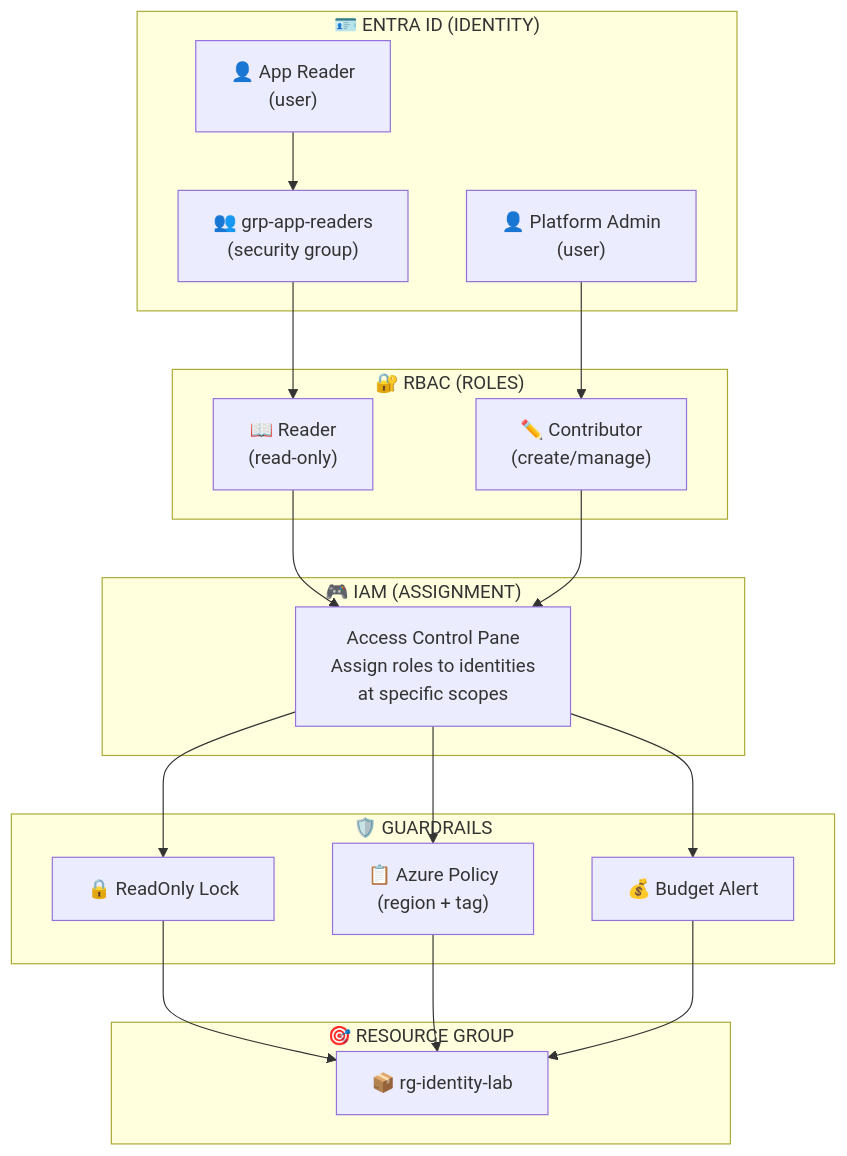
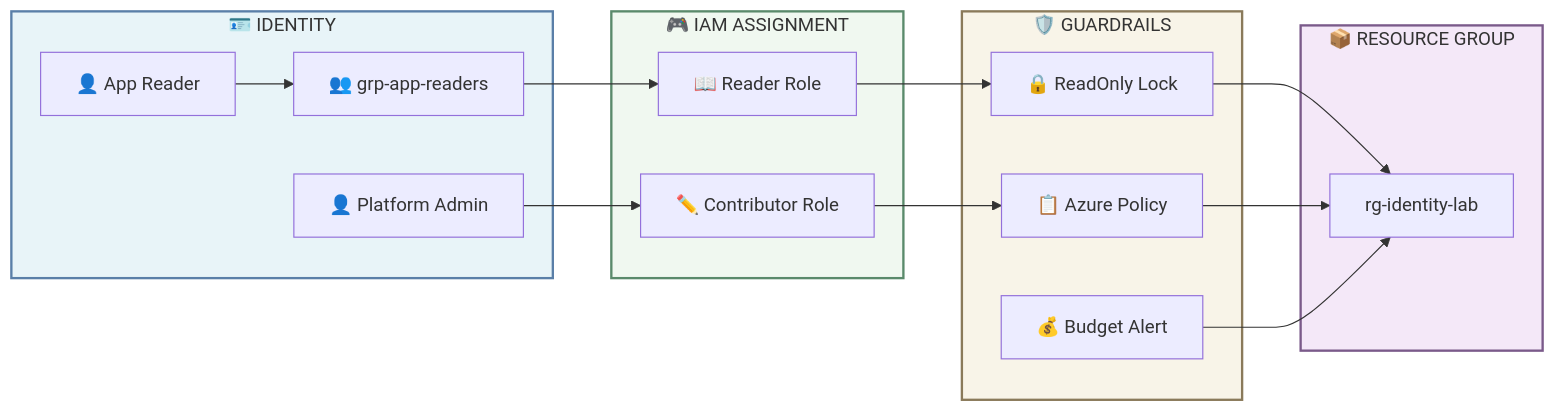
The first of 2 diagrams in 01-identity-governance/README.md (rubak714/azure-system-administration), drawn with Mermaid before and after one commit. The commit also changed other lines of this file, not shown here.

Commit message:
docs: optimize diagram layouts and apply GitHub-themed dark ash color scheme
- Reorganize first diagram to left-right flow to eliminate arrow overlaps
- Simplify second diagram with horizontal layout and three-layer structure
- Apply GitHub-themed ash gray color palette (#3a3f44, #474d53)
- Use light text (#e0e0e0) for accessibility on dark backgrounds
- Reduce node complexity and visual clutter
- Improve clarity and readability of governance flow

````diff
--- a/01-identity-governance/README.md
+++ b/01-identity-governance/README.md
@@ -44,39 +44,37 @@
 ```mermaid
-graph TB
-    subgraph Identities["🪪 ENTRA ID (IDENTITY)"]
-        U1["👤 App Reader<br/>(user)"]
-        U2["👤 Platform Admin<br/>(user)"]
-        GRP["👥 grp-app-readers<br/>(security group)"]
+graph LR
+    subgraph Identity["🪪 IDENTITY"]
+        U1["👤 App Reader"]
+        U2["👤 Platform Admin"]
+        GRP["👥 grp-app-readers"]
         U1 --> GRP
     end
     
-    subgraph Roles["🔐 RBAC (ROLES)"]
-        READER["📖 Reader<br/>(read-only)"]
-        CONTRIB["✏️ Contributor<br/>(create/manage)"]
+    subgraph Assign["🎮 IAM ASSIGNMENT"]
+        READER["📖 Reader Role"]
+        CONTRIB["✏️ Contributor Role"]
+        GRP --> READER
+        U2 --> CONTRIB
     end
     
-    subgraph IAM_Layer["🎮 IAM (ASSIGNMENT)"]
-        ASSIGN["Access Control Pane<br/>Assign roles to identities<br/>at specific scopes"]
-    end
-    
-    subgraph Protections["🛡️ GUARDRAILS"]
+    subgraph Controls["🛡️ GUARDRAILS"]
         LOCK["🔒 ReadOnly Lock"]
-        POL["📋 Azure Policy<br/>(region + tag)"]
+        POL["📋 Azure Policy"]
         BUD["💰 Budget Alert"]
     end
     
-    subgraph Resources["🎯 RESOURCE GROUP"]
-        RG["📦 rg-identity-lab"]
+    subgraph Target["📦 RESOURCE GROUP"]
+        RG["rg-identity-lab"]
     end
     
-    GRP --> READER
-    U2 --> CONTRIB
-    READER --> ASSIGN
-    CONTRIB --> ASSIGN
-    ASSIGN --> LOCK
-    ASSIGN --> POL
-    ASSIGN --> BUD
+    READER --> LOCK
+    CONTRIB --> POL
     LOCK --> RG
     POL --> RG
     BUD --> RG
+    
+    style Identity fill:#e8f4f8,stroke:#5A7FA8,stroke-width:2px,color:#333
+    style Assign fill:#f0f8f0,stroke:#5A8A6B,stroke-width:2px,color:#333
+    style Controls fill:#f8f4e8,stroke:#8A7A5A,stroke-width:2px,color:#333
+    style Target fill:#f4e8f8,stroke:#7A5A8A,stroke-width:2px,color:#333
 ```
````
